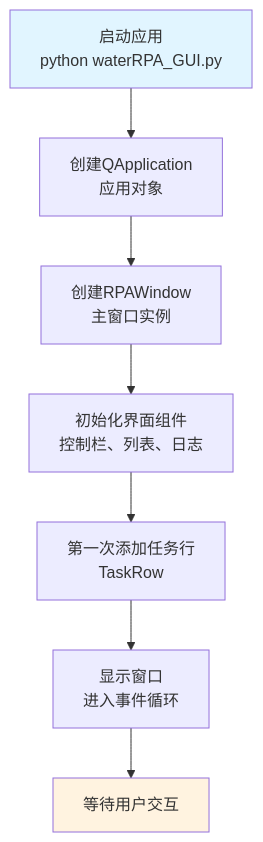
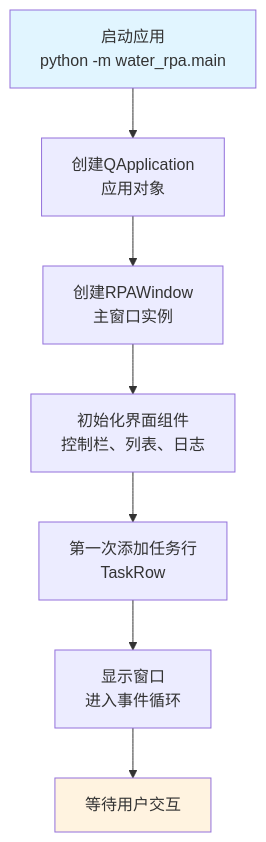
The first of 10 diagrams in LOGIC_FLOWCHART.md (1juary/RPAAutoFucus), drawn with Mermaid before and after one commit. The commit also changed 171 other files, not shown here.

````diff
--- a/LOGIC_FLOWCHART.md
+++ b/LOGIC_FLOWCHART.md
@@ -5,12 +5,12 @@
 ```mermaid
 graph TD
-    A["启动应用<br/>python waterRPA_GUI.py"] --> B["创建QApplication<br/>应用对象"]
+    A["启动应用<br/>python -m water_rpa.main"] --> B["创建QApplication<br/>应用对象"]
     B --> C["创建RPAWindow<br/>主窗口实例"]
     C --> D["初始化界面组件<br/>控制栏、列表、日志"]
     D --> E["第一次添加任务行<br/>TaskRow"]
     E --> F["显示窗口<br/>进入事件循环"]
     F --> G["等待用户交互"]
     
     style A fill:#e1f5ff
     style G fill:#fff3e0
 ```
````
